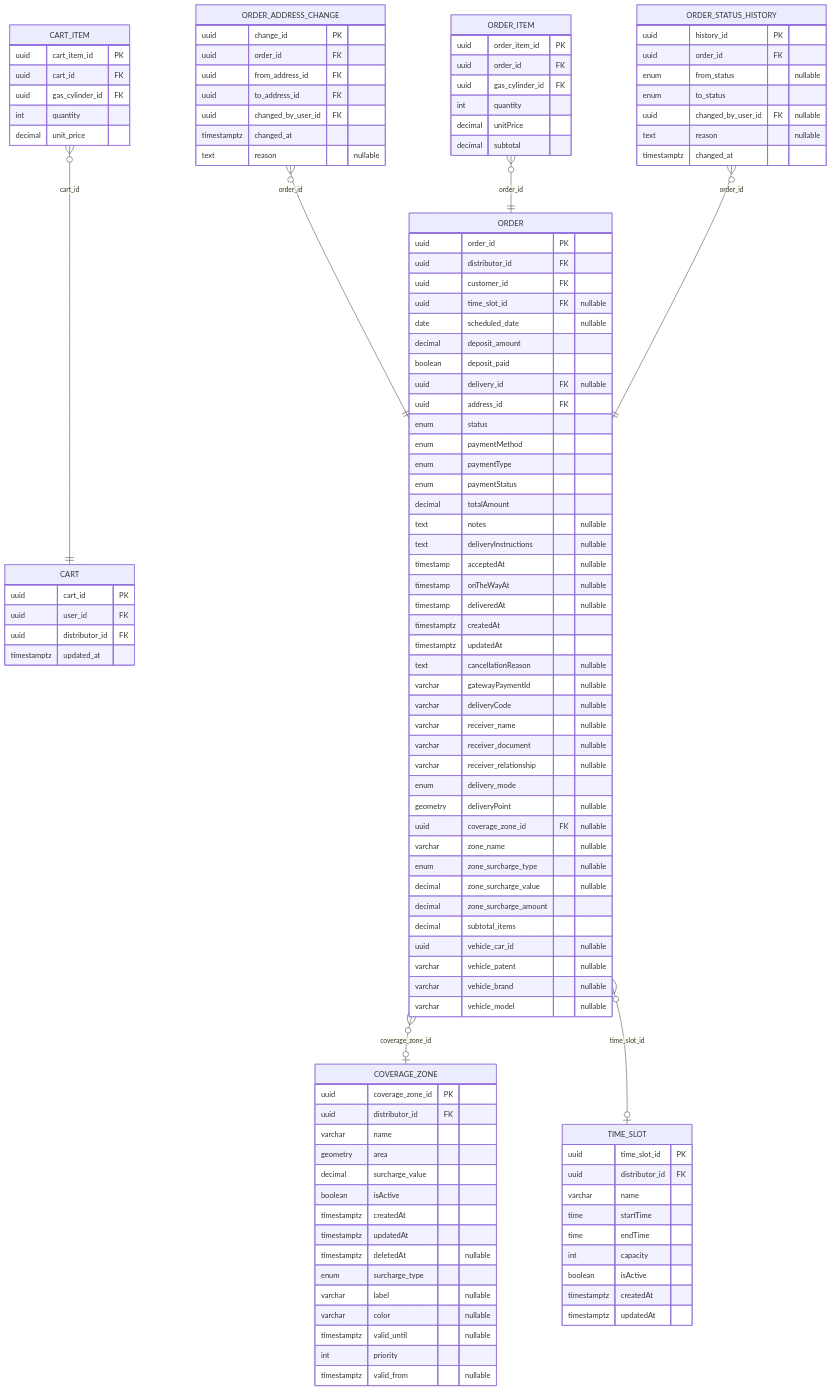
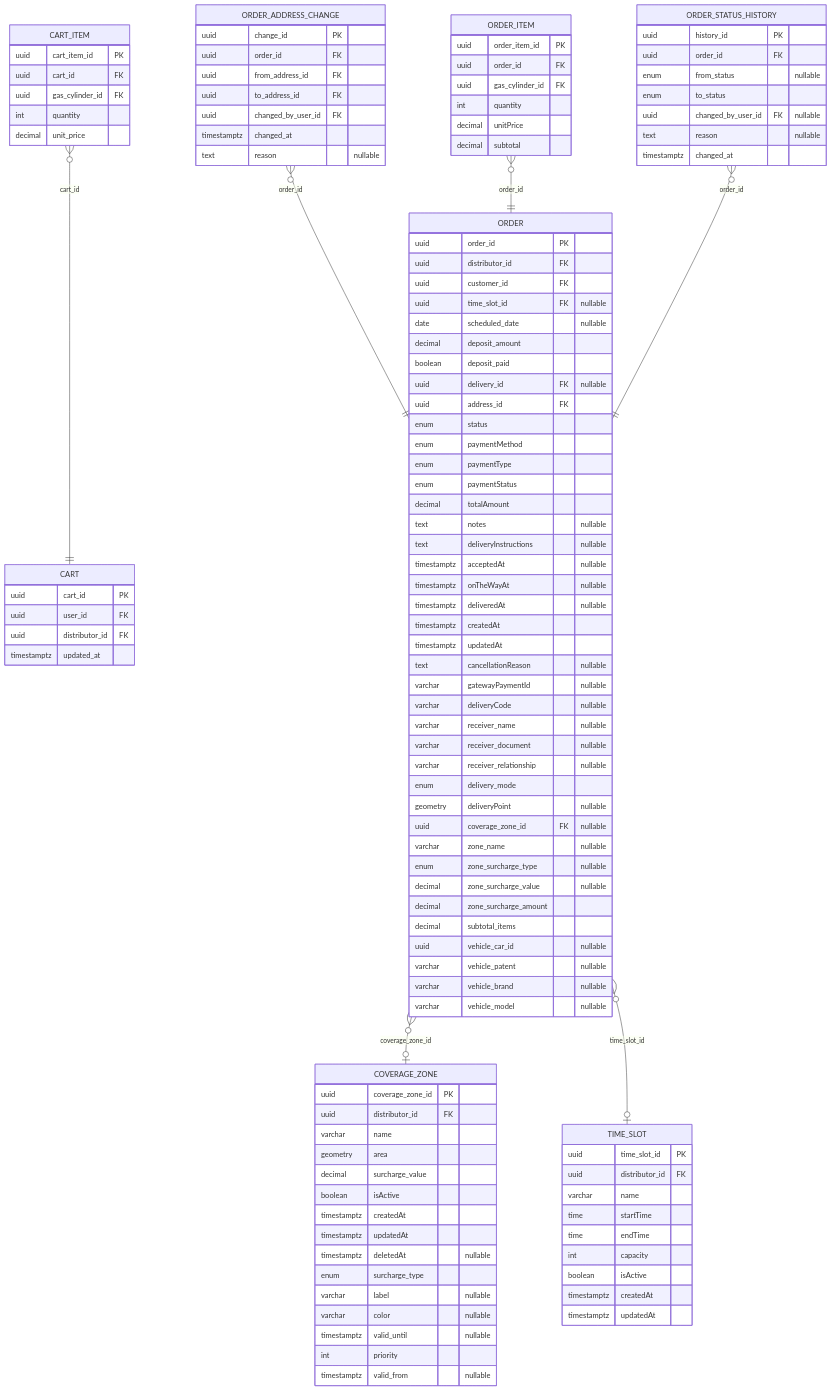
One commit to Nahuelito-Dev/splg-docs changed the fourth of 15 diagrams in diagramas/base-de-datos/SPLG-der-mermaid.md. Above: the diagram before and after it, drawn with Mermaid. The commit also changed other lines of this file and 1067 other files, not shown here.

```diff
--- a/diagramas/base-de-datos/SPLG-der-mermaid.md
+++ b/diagramas/base-de-datos/SPLG-der-mermaid.md
@@ -291,9 +291,9 @@
         decimal totalAmount
         text notes "nullable"
         text deliveryInstructions "nullable"
-        timestamp acceptedAt "nullable"
-        timestamp onTheWayAt "nullable"
-        timestamp deliveredAt "nullable"
+        timestamptz acceptedAt "nullable"
+        timestamptz onTheWayAt "nullable"
+        timestamptz deliveredAt "nullable"
         timestamptz createdAt
         timestamptz updatedAt
         text cancellationReason "nullable"
```
